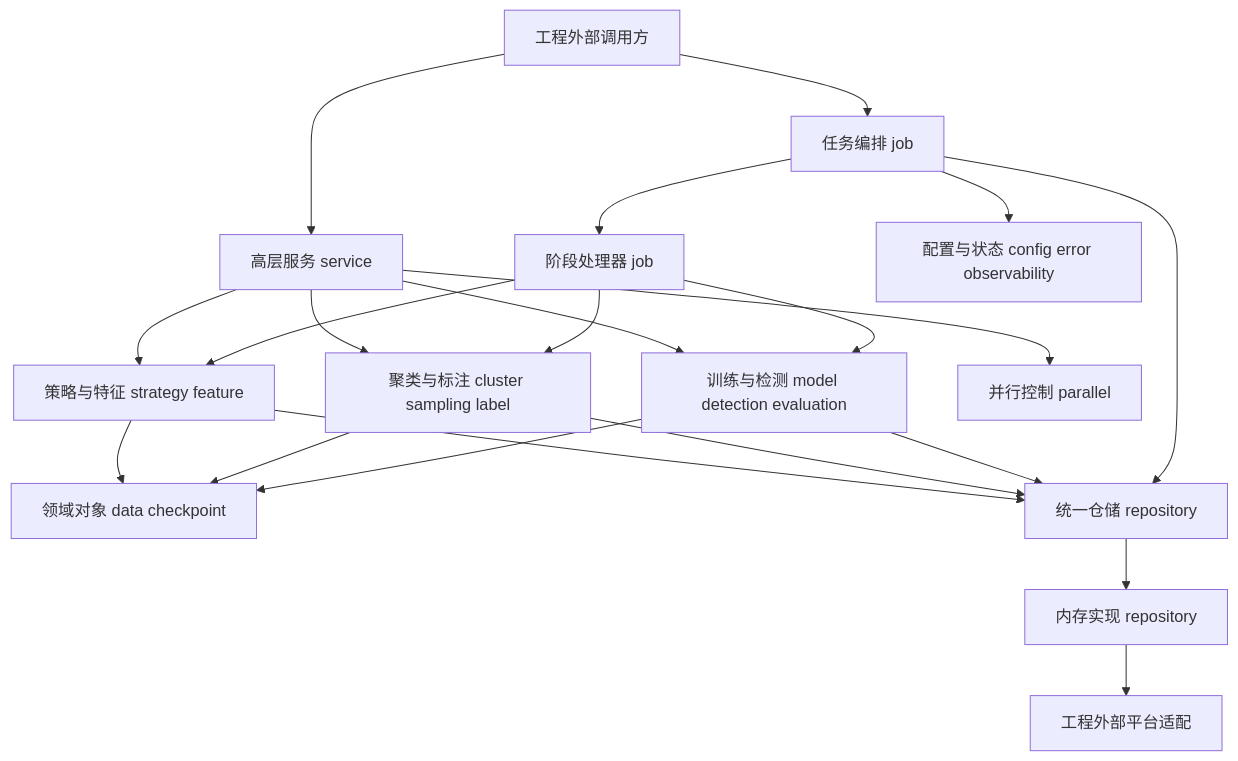
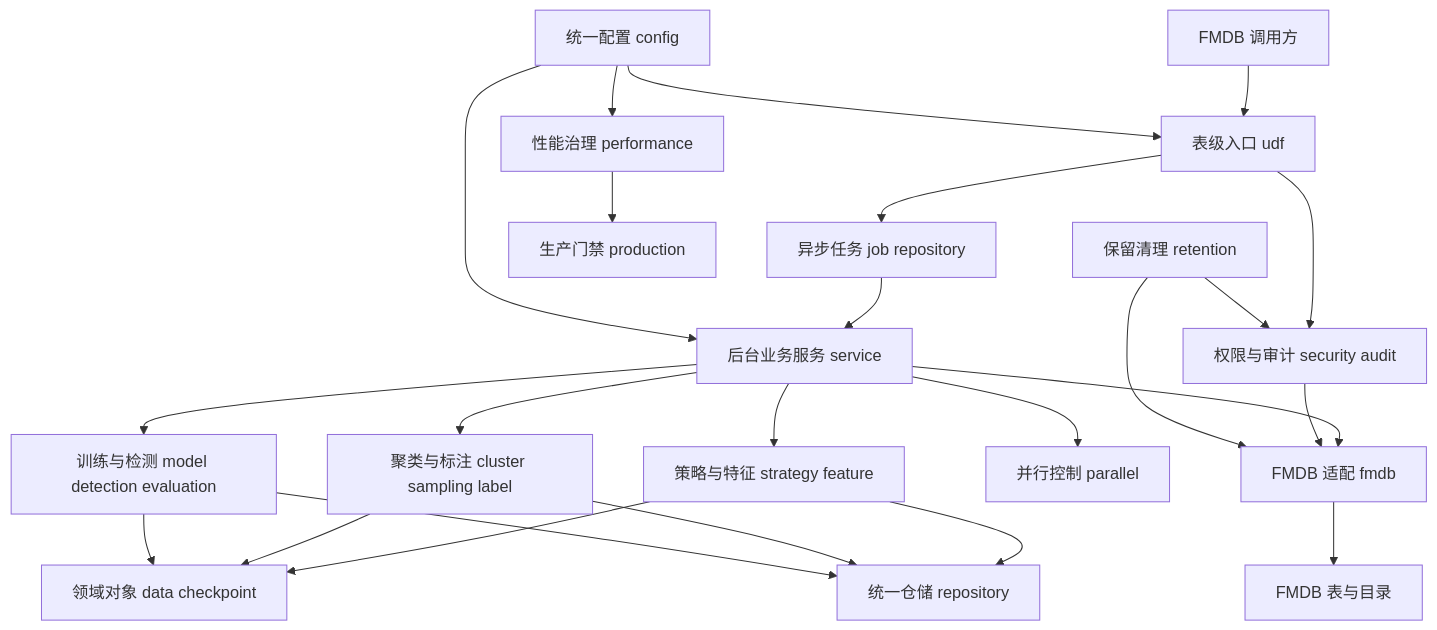
The first of 13 diagrams in doc/20260715/Raha工程-源码完整分析-202607150943.md (18963603561/fmdb_udf_raha), drawn with Mermaid before and after one commit. The commit also changed other lines of this file and 16 other files, not shown here.

````diff
--- a/doc/20260715/Raha工程-源码完整分析-202607150943.md
+++ b/doc/20260715/Raha工程-源码完整分析-202607150943.md
@@ -54,23 +62,26 @@
 ```mermaid
 graph TD;
-n01[工程外部调用方] --> n02[高层服务 service];
-n01 --> n03[任务编排 job];
-n02 --> n04[策略与特征 strategy feature];
-n02 --> n05[聚类与标注 cluster sampling label];
-n02 --> n06[训练与检测 model detection evaluation];
-n03 --> n07[阶段处理器 job];
-n07 --> n04;
-n07 --> n05;
-n07 --> n06;
-n04 --> n08[领域对象 data checkpoint];
-n05 --> n08;
-n06 --> n08;
-n04 --> n09[统一仓储 repository];
-n05 --> n09;
-n06 --> n09;
-n03 --> n09;
-n02 --> n10[并行控制 parallel];
-n03 --> n11[配置与状态 config error observability];
-n09 --> n12[内存实现 repository];
-n12 --> n13[工程外部平台适配];
+n01[FMDB 调用方] --> n02[表级入口 udf];
+n02 --> n03[权限与审计 security audit];
+n02 --> n04[异步任务 job repository];
+n04 --> n05[后台业务服务 service];
+n05 --> n06[策略与特征 strategy feature];
+n05 --> n07[聚类与标注 cluster sampling label];
+n05 --> n08[训练与检测 model detection evaluation];
+n06 --> n09[领域对象 data checkpoint];
+n07 --> n09;
+n08 --> n09;
+n06 --> n10[统一仓储 repository];
+n07 --> n10;
+n08 --> n10;
+n05 --> n11[并行控制 parallel];
+n05 --> n12[FMDB 适配 fmdb];
+n12 --> n13[FMDB 表与目录];
+n03 --> n12;
+n14[统一配置 config] --> n02;
+n14 --> n05;
+n14 --> n15[性能治理 performance];
+n15 --> n16[生产门禁 production];
+n17[保留清理 retention] --> n03;
+n17 --> n12;
 ```
````
